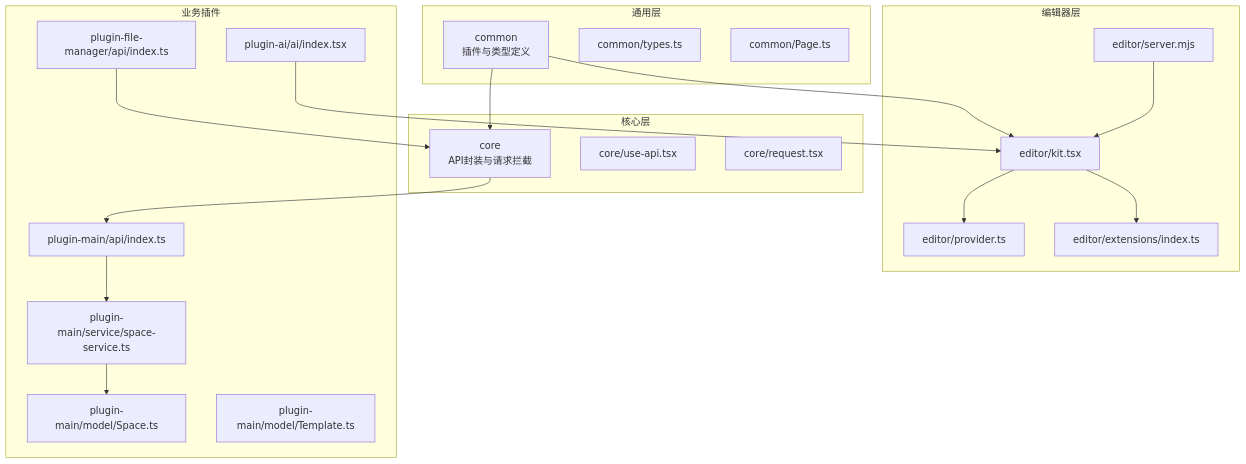
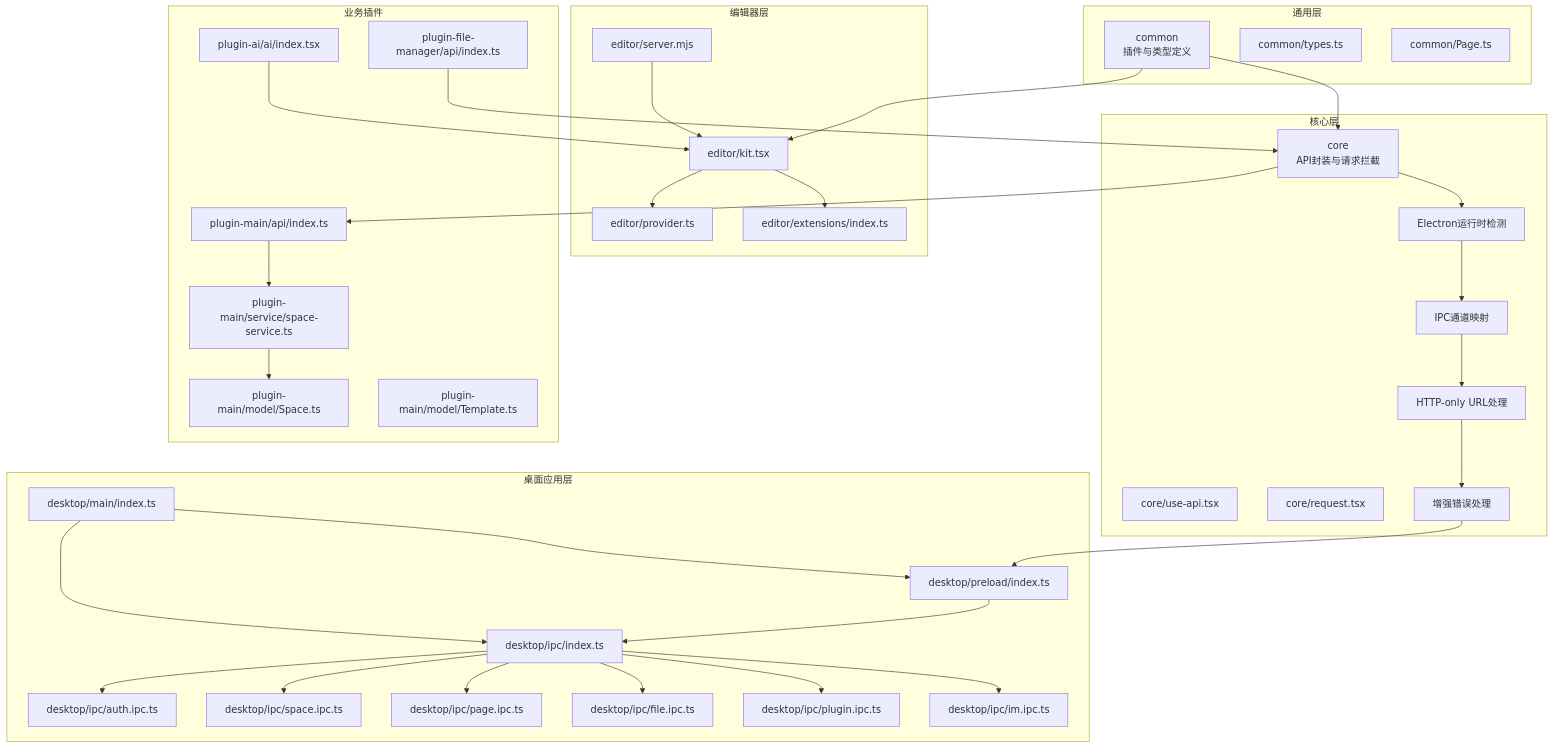
One commit to LRF0422/Kotion changed the first of 9 diagrams in .qoder/repowiki/zh/content/API参考/API参考.md. Above: the diagram before and after it, drawn with Mermaid. The commit also changed other lines of this file and 75 other files, not shown here.

````diff
--- a/.qoder/repowiki/zh/content/API参考/API参考.md
+++ b/.qoder/repowiki/zh/content/API参考/API参考.md
@@ -40,37 +59,66 @@
 ```mermaid
 graph TB
 subgraph "通用层"
 Common["common<br/>插件与类型定义"]
 Types["common/types.ts"]
 PageModel["common/Page.ts"]
 end
 subgraph "核心层"
 Core["core<br/>API封装与请求拦截"]
 UseApi["core/use-api.tsx"]
 Request["core/request.tsx"]
+ElectronDetect["Electron运行时检测"]
+IPCMapper["IPC通道映射"]
+HTTPOnly["HTTP-only URL处理"]
+ErrorHandle["增强错误处理"]
 end
 subgraph "编辑器层"
 EditorKit["editor/kit.tsx"]
 Provider["editor/provider.ts"]
 ExtIndex["editor/extensions/index.ts"]
 ServerMJS["editor/server.mjs"]
 end
 subgraph "业务插件"
 MainAPI["plugin-main/api/index.ts"]
 SpaceService["plugin-main/service/space-service.ts"]
 SpaceModel["plugin-main/model/Space.ts"]
 TemplateModel["plugin-main/model/Template.ts"]
 AIExt["plugin-ai/ai/index.tsx"]
 FileAPI["plugin-file-manager/api/index.ts"]
 end
+subgraph "桌面应用层"
+Preload["desktop/preload/index.ts"]
+IPCIndex["desktop/ipc/index.ts"]
+IPCAuth["desktop/ipc/auth.ipc.ts"]
+IPCSpace["desktop/ipc/space.ipc.ts"]
+IPCPage["desktop/ipc/page.ipc.ts"]
+IPCFile["desktop/ipc/file.ipc.ts"]
+IPCPlugin["desktop/ipc/plugin.ipc.ts"]
+IPCIM["desktop/ipc/im.ipc.ts"]
+MainIndex["desktop/main/index.ts"]
+end
 Common --> Core
 Common --> EditorKit
 Core --> MainAPI
+Core --> ElectronDetect
+ElectronDetect --> IPCMapper
+IPCMapper --> HTTPOnly
+HTTPOnly --> ErrorHandle
+ErrorHandle --> Preload
+Preload --> IPCIndex
+IPCIndex --> IPCAuth
+IPCIndex --> IPCSpace
+IPCIndex --> IPCPage
+IPCIndex --> IPCFile
+IPCIndex --> IPCPlugin
+IPCIndex --> IPCIM
+MainIndex --> IPCIndex
+MainIndex --> Preload
 MainAPI --> SpaceService
 SpaceService --> SpaceModel
 EditorKit --> ExtIndex
 EditorKit --> Provider
 ServerMJS --> EditorKit
 AIExt --> EditorKit
 FileAPI --> Core
 ```
````
